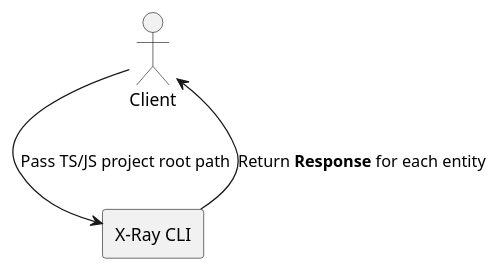
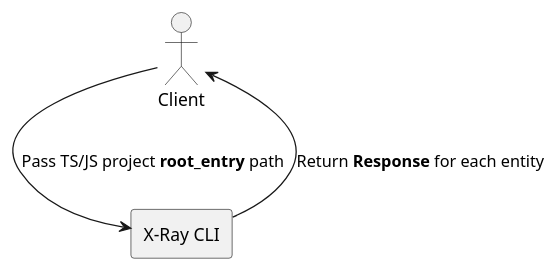
The first of 2 diagrams in docs/design/dfd.pu (roman-shaposhnikov/x-ray), drawn with PlantUML before and after one commit. The commit also changed 17 other files, not shown here.

```diff
--- a/docs/design/dfd.pu
+++ b/docs/design/dfd.pu
@@ -1,7 +1,7 @@
 @startuml DFD
 actor "Client" as Client
 rectangle "X-Ray CLI" as CLI
 
-Client --> CLI : Pass TS/JS project root path
+Client --> CLI : Pass TS/JS project **root_entry** path
 CLI --> Client : Return **Response** for each entity
 @enduml
```
